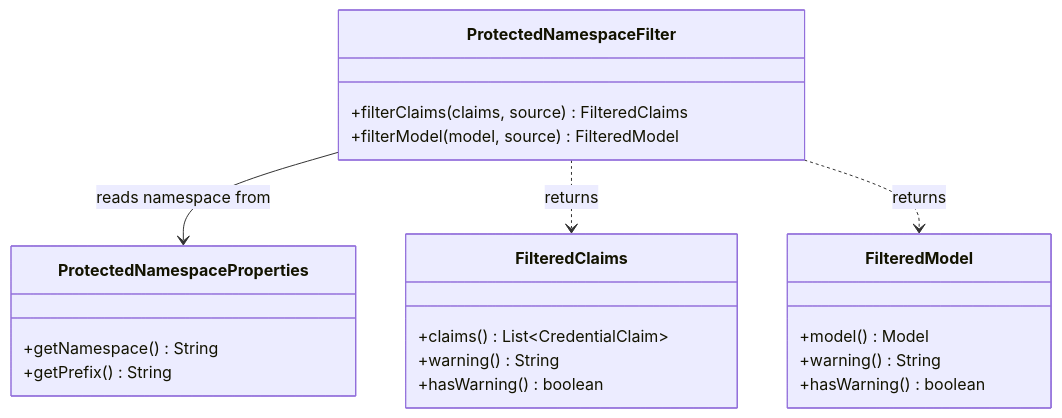
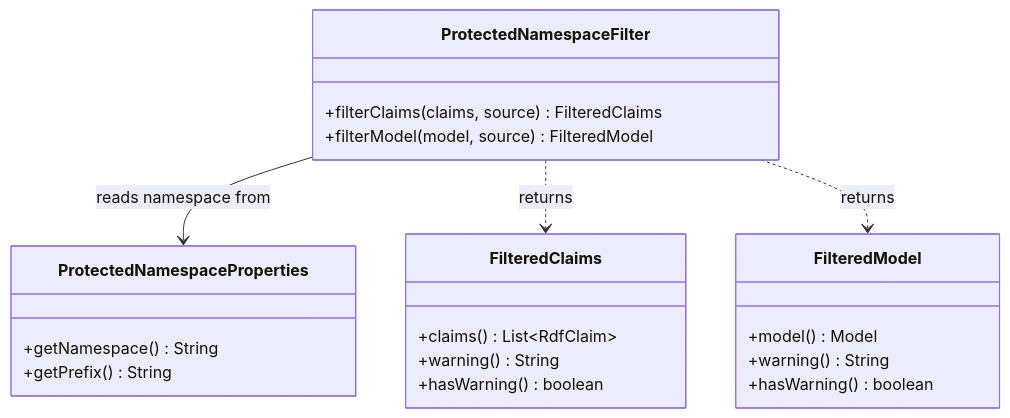
Before and after one commit to federated-catalogue-enhancements-2026/docs: the third of 13 diagrams in federated-catalogue/src/docs/architecture/chapters/05_building_block_view.adoc, drawn with Mermaid. The commit also changed other lines of this file and 3 other files, not shown here.

First line of the commit message:
feat(CAT-FR-GD-02): document non-credential RDF extraction (#20)

```diff
--- a/federated-catalogue/src/docs/architecture/chapters/05_building_block_view.adoc
+++ b/federated-catalogue/src/docs/architecture/chapters/05_building_block_view.adoc
@@ -348,25 +378,25 @@
 [mermaid, width=2000]
 ....
 classDiagram
     class ProtectedNamespaceFilter {
         +filterClaims(claims, source) FilteredClaims
         +filterModel(model, source) FilteredModel
     }
     class FilteredClaims {
-        +claims() List~CredentialClaim~
+        +claims() List~RdfClaim~
         +warning() String
         +hasWarning() boolean
     }
     class FilteredModel {
         +model() Model
         +warning() String
         +hasWarning() boolean
     }
     class ProtectedNamespaceProperties {
         +getNamespace() String
         +getPrefix() String
     }
     ProtectedNamespaceFilter --> ProtectedNamespaceProperties : reads namespace from
     ProtectedNamespaceFilter ..> FilteredClaims : returns
     ProtectedNamespaceFilter ..> FilteredModel : returns
 ....
```
